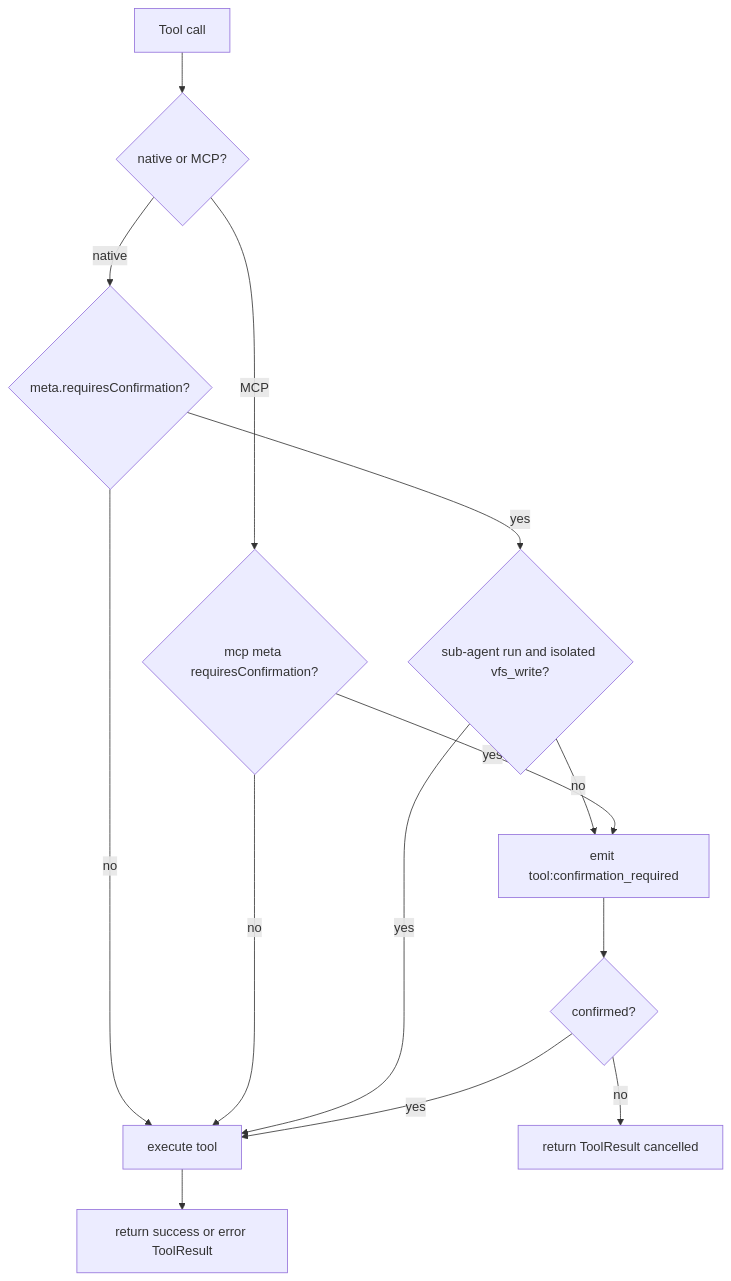
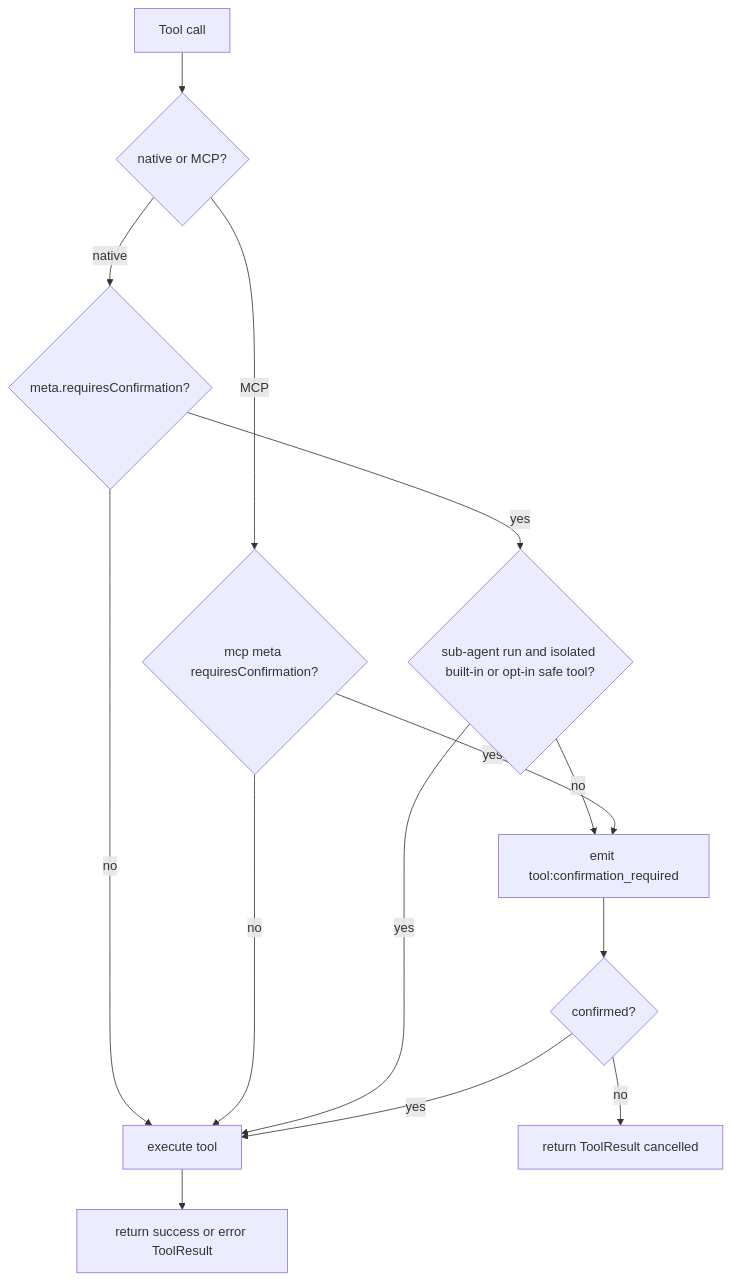
Before and after one commit to Radomiej/kalio-forever: the third of 3 diagrams in docs/tool-architecture.md, drawn with Mermaid. The commit also changed other lines of this file and 264 other files, not shown here.

````diff
--- a/docs/tool-architecture.md
+++ b/docs/tool-architecture.md
@@ -137,21 +137,21 @@
 ```mermaid
 flowchart TD
     Call[Tool call] --> Kind{native or MCP?}
 
     Kind -- native --> NativeConfirm{meta.requiresConfirmation?}
     Kind -- MCP --> MCPPConfirm{mcp meta requiresConfirmation?}
 
     NativeConfirm -- no --> Execute[execute tool]
     MCPPConfirm -- no --> Execute
 
-    NativeConfirm -- yes --> AutoApprove{sub-agent run and isolated vfs_write?}
+    NativeConfirm -- yes --> AutoApprove{sub-agent run and isolated built-in or opt-in safe tool?}
     AutoApprove -- yes --> Execute
     AutoApprove -- no --> Await[emit tool:confirmation_required]
 
     MCPPConfirm -- yes --> Await
     Await --> Decision{confirmed?}
     Decision -- no --> Cancelled[return ToolResult cancelled]
     Decision -- yes --> Execute
 
     Execute --> Result[return success or error ToolResult]
 ```
````
